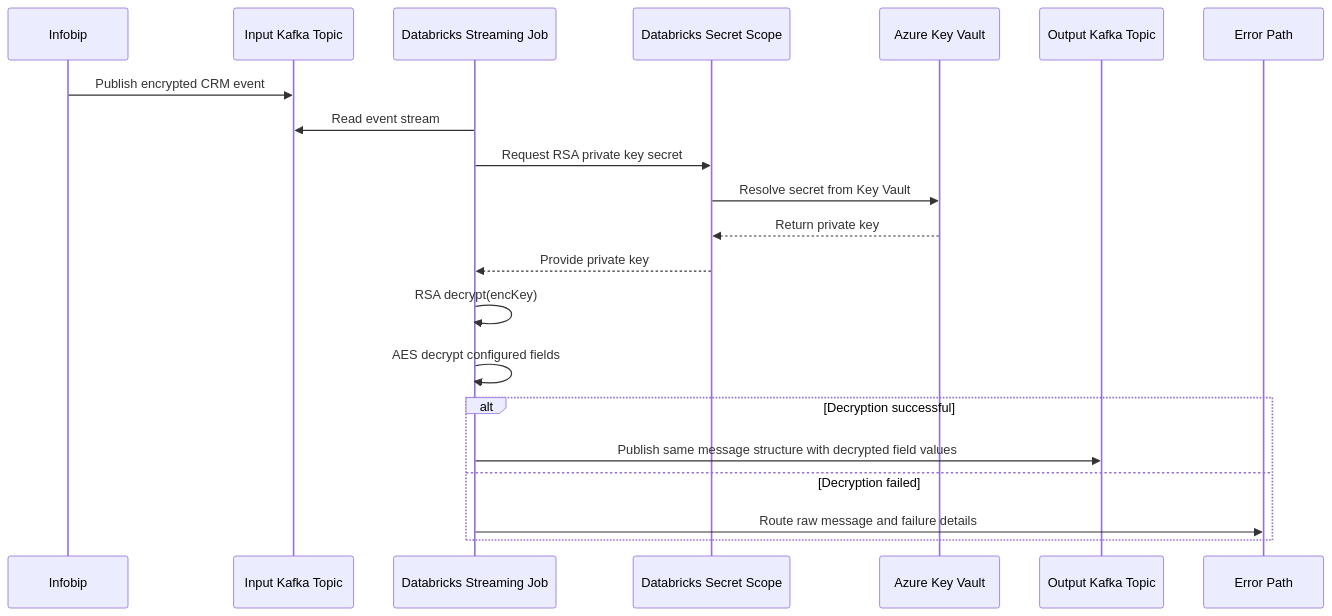
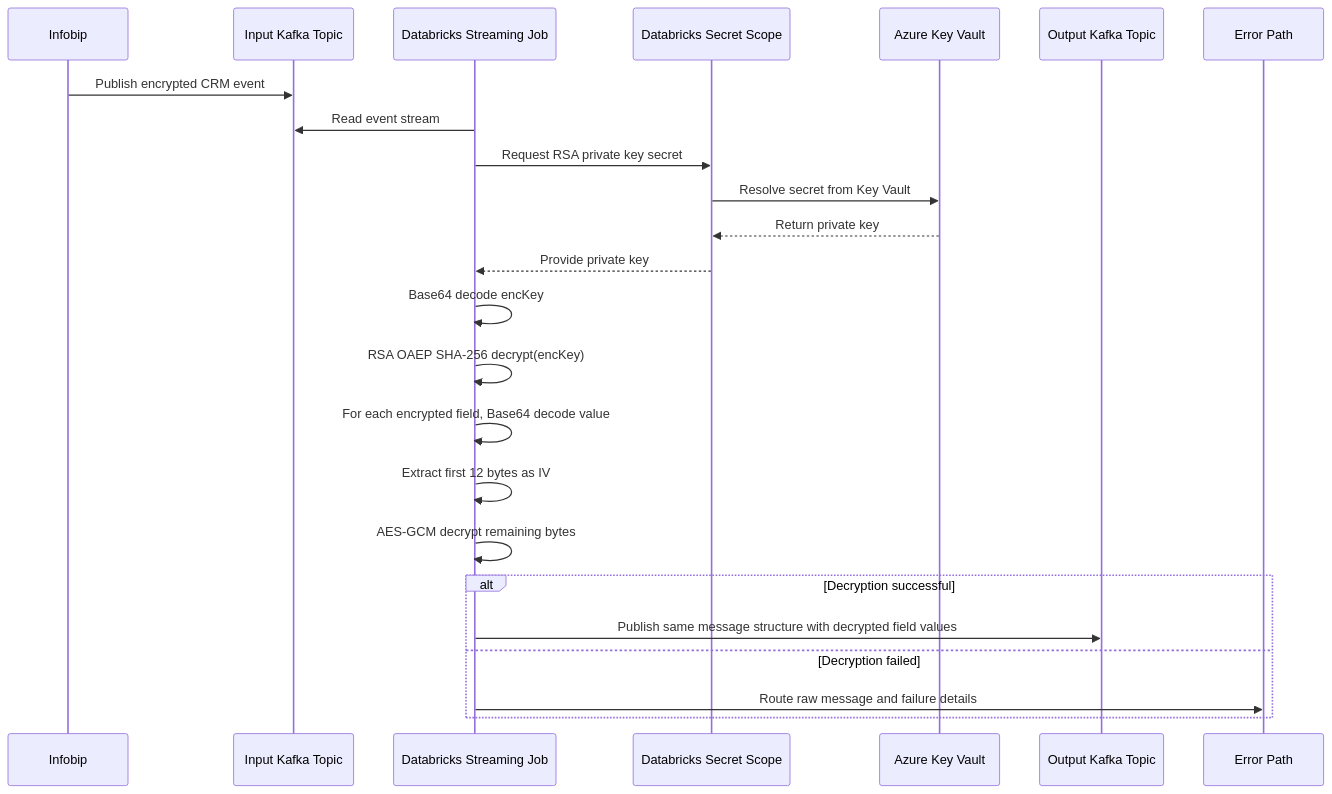
Before and after one commit to imgokhan-rakbank/crm-decryption-low-level-design: the diagram in integrations/infobip-kafka-topic-decryption/low-level-design.md, drawn with Mermaid. The commit also changed other lines of this file, not shown here.

Commit message:
Update Infobip low-level design with AES-GCM and RSA OAEP details

````diff
--- a/integrations/infobip-kafka-topic-decryption/low-level-design.md
+++ b/integrations/infobip-kafka-topic-decryption/low-level-design.md
@@ -42,24 +43,27 @@
 ```mermaid
 sequenceDiagram
     participant I as Infobip
     participant KIn as Input Kafka Topic
     participant D as Databricks Streaming Job
     participant S as Databricks Secret Scope
     participant A as Azure Key Vault
     participant KOut as Output Kafka Topic
     participant E as Error Path
 
     I->>KIn: Publish encrypted CRM event
     D->>KIn: Read event stream
     D->>S: Request RSA private key secret
     S->>A: Resolve secret from Key Vault
     A-->>S: Return private key
     S-->>D: Provide private key
-    D->>D: RSA decrypt(encKey)
-    D->>D: AES decrypt configured fields
+    D->>D: Base64 decode encKey
+    D->>D: RSA OAEP SHA-256 decrypt(encKey)
+    D->>D: For each encrypted field, Base64 decode value
+    D->>D: Extract first 12 bytes as IV
+    D->>D: AES-GCM decrypt remaining bytes
     alt Decryption successful
         D->>KOut: Publish same message structure with decrypted field values
     else Decryption failed
         D->>E: Route raw message and failure details
     end
 ```
````
